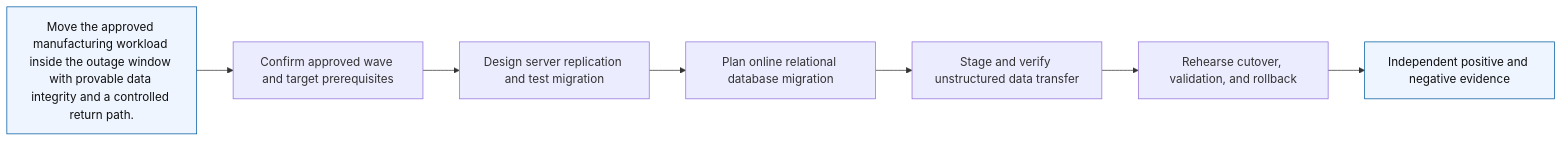
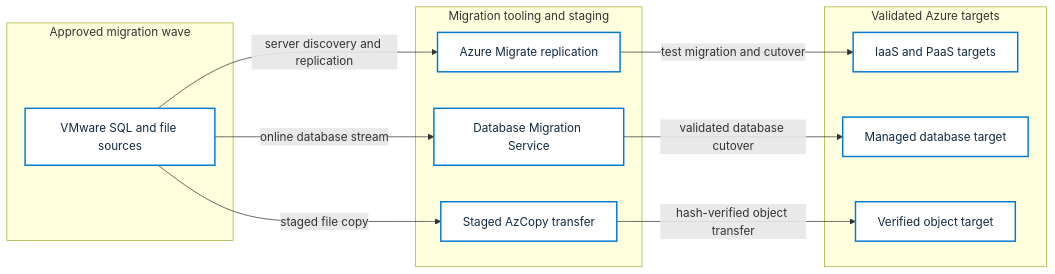
One commit to Jamonygr/Azure-Solutions-Architect-Expert changed the diagram in labs/23-workload-data-migration/diagrams/architecture.mmd. Above: the diagram before and after it, drawn with Mermaid. The commit also changed 144 other files, not shown here.

```diff
--- a/labs/23-workload-data-migration/diagrams/architecture.mmd
+++ b/labs/23-workload-data-migration/diagrams/architecture.mmd
@@ -1,12 +1,24 @@
 %% BEGIN GENERATED AZ305 V1
 flowchart LR
-    R["Move the approved manufacturing workload inside the outage window with provable data integrity and a controlled return path."]
-    R --> C1["Confirm approved wave and target prerequisites"]
-    C1 --> C2["Design server replication and test migration"]
-    C2 --> C3["Plan online relational database migration"]
-    C3 --> C4["Stage and verify unstructured data transfer"]
-    C4 --> C5["Rehearse cutover, validation, and rollback"]
-    C5 --> E["Independent positive and negative evidence"]
-    classDef boundary fill:#eef5ff,stroke:#005a9e,color:#111
-    class R,E boundary
+    subgraph B_source_datacenter["Approved migration wave"]
+        N_source_wave["VMware SQL and file sources"]
+    end
+    subgraph B_migration_fabric["Migration tooling and staging"]
+        N_server_migration["Azure Migrate replication"]
+        N_database_migration["Database Migration Service"]
+        N_file_transfer["Staged AzCopy transfer"]
+    end
+    subgraph B_azure_targets["Validated Azure targets"]
+        N_compute_target["IaaS and PaaS targets"]
+        N_database_target["Managed database target"]
+        N_storage_target["Verified object target"]
+    end
+    N_source_wave -->|"server discovery and replication"| N_server_migration
+    N_source_wave -->|"online database stream"| N_database_migration
+    N_source_wave -->|"staged file copy"| N_file_transfer
+    N_server_migration -->|"test migration and cutover"| N_compute_target
+    N_database_migration -->|"validated database cutover"| N_database_target
+    N_file_transfer -->|"hash-verified object transfer"| N_storage_target
+    classDef service fill:#ffffff,stroke:#0078d4,color:#102a43,stroke-width:2px
+    class N_source_wave,N_server_migration,N_database_migration,N_file_transfer,N_compute_target,N_database_target,N_storage_target service
 %% END GENERATED AZ305 V1
```
